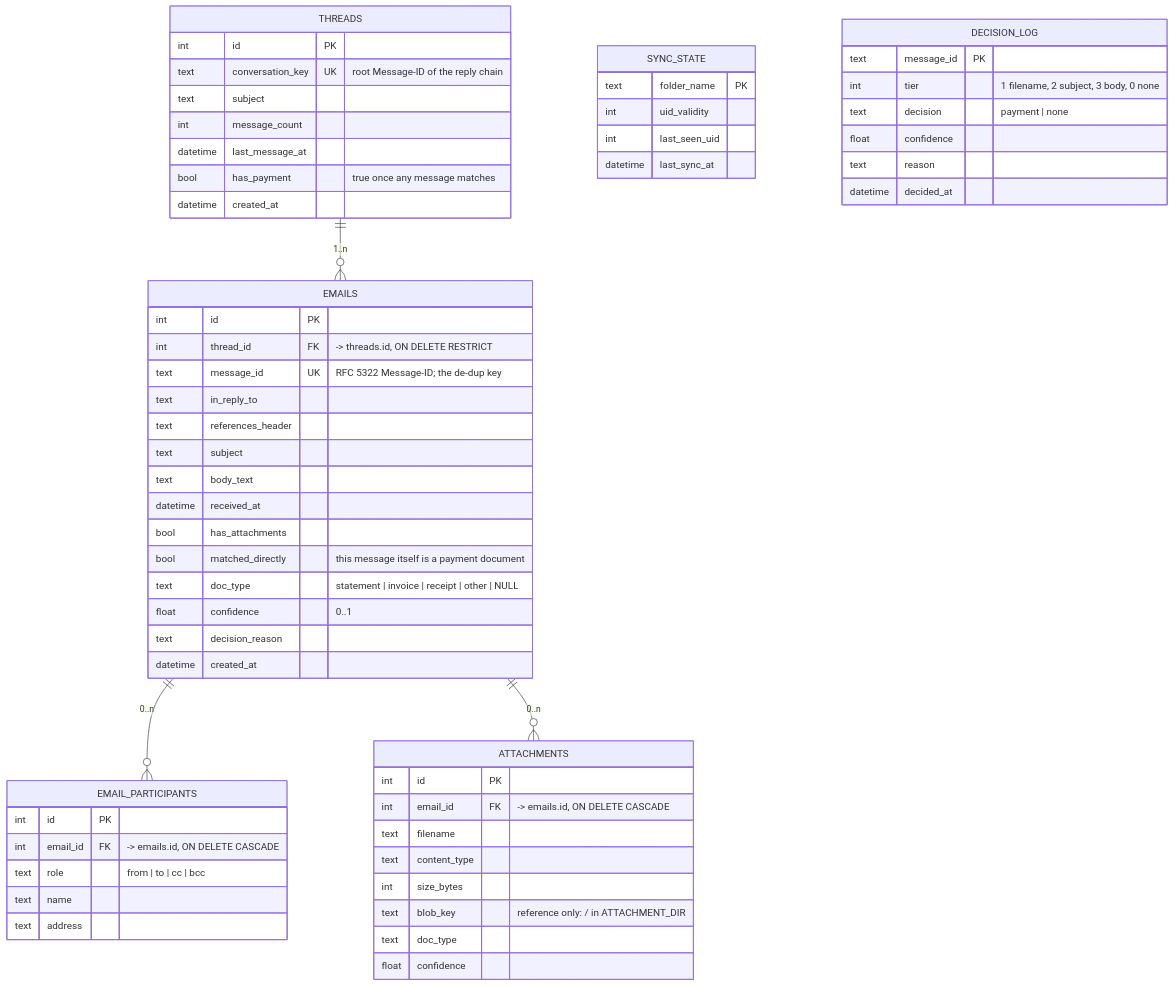
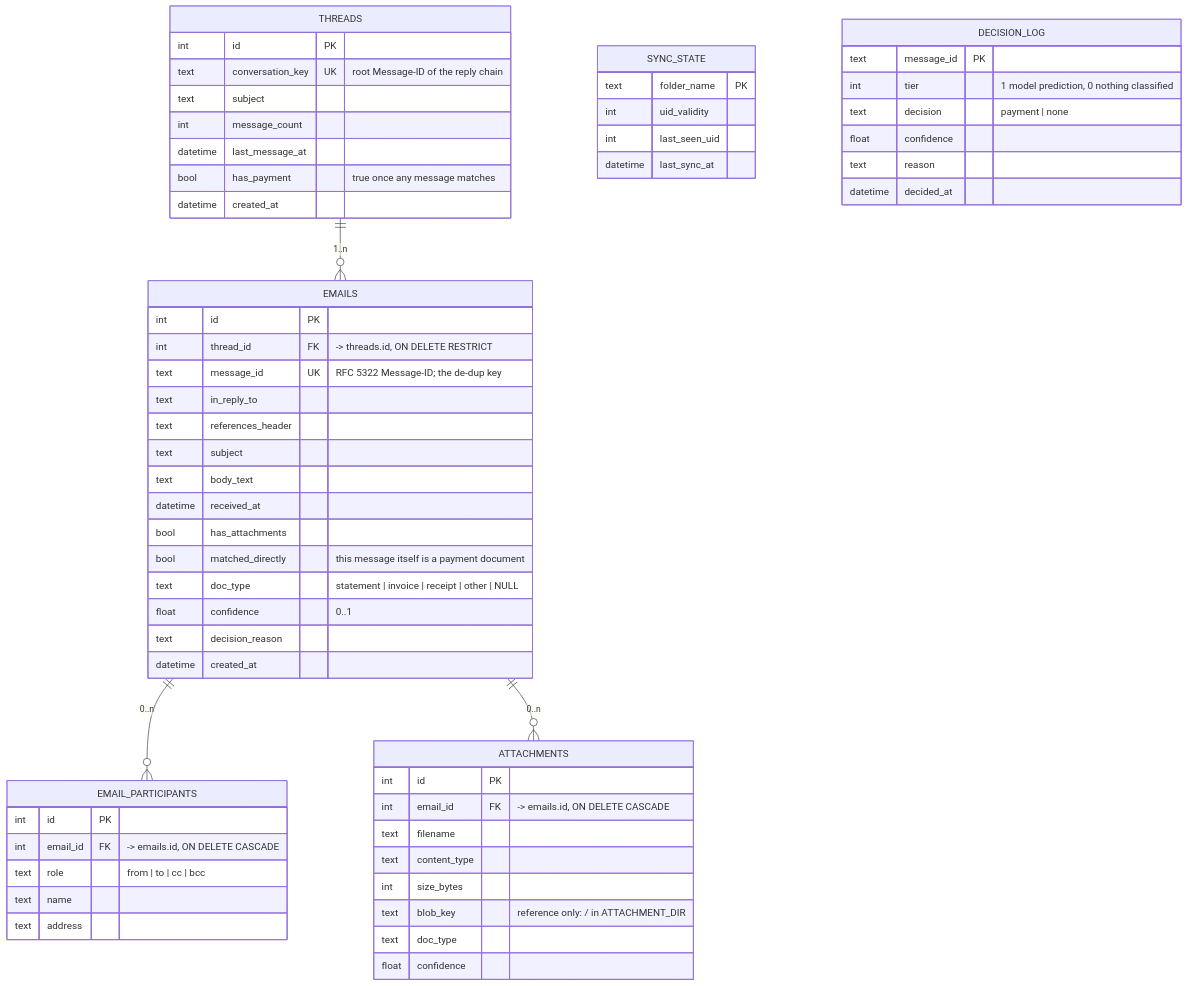
Before and after one commit to pawand2611/demo_email_fetcher: the diagram in docs/SCHEMA.md, drawn with Mermaid. The commit also changed other lines of this file and 23 other files, not shown here.

````diff
--- a/docs/SCHEMA.md
+++ b/docs/SCHEMA.md
@@ -14,63 +14,63 @@
 ```mermaid
 erDiagram
     THREADS ||--o{ EMAILS : "1..n"
     EMAILS ||--o{ EMAIL_PARTICIPANTS : "0..n"
     EMAILS ||--o{ ATTACHMENTS : "0..n"
 
     THREADS {
         int      id               PK
         text     conversation_key UK "root Message-ID of the reply chain"
         text     subject
         int      message_count
         datetime last_message_at
         bool     has_payment      "true once any message matches"
         datetime created_at
     }
     EMAILS {
         int      id                PK
         int      thread_id         FK "-> threads.id, ON DELETE RESTRICT"
         text     message_id        UK "RFC 5322 Message-ID; the de-dup key"
         text     in_reply_to
         text     references_header
         text     subject
         text     body_text
         datetime received_at
         bool     has_attachments
         bool     matched_directly  "this message itself is a payment document"
         text     doc_type          "statement | invoice | receipt | other | NULL"
         float    confidence        "0..1"
         text     decision_reason
         datetime created_at
     }
     EMAIL_PARTICIPANTS {
         int  id       PK
         int  email_id FK "-> emails.id, ON DELETE CASCADE"
         text role     "from | to | cc | bcc"
         text name
         text address
     }
     ATTACHMENTS {
         int   id           PK
         int   email_id     FK "-> emails.id, ON DELETE CASCADE"
         text  filename
         text  content_type
         int   size_bytes
         text  blob_key     "reference only: <sha256>/<filename> in ATTACHMENT_DIR"
         text  doc_type
         float confidence
     }
     SYNC_STATE {
         text     folder_name   PK
         int      uid_validity
         int      last_seen_uid
         datetime last_sync_at
     }
     DECISION_LOG {
         text     message_id PK
-        int      tier       "1 filename, 2 subject, 3 body, 0 none"
+        int      tier       "1 model prediction, 0 nothing classified"
         text     decision   "payment | none"
         float    confidence
         text     reason
         datetime decided_at
     }
 ```
````
